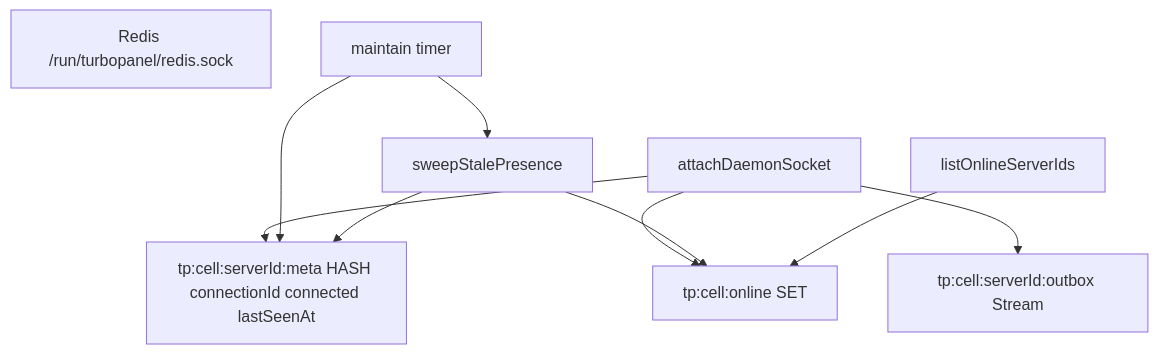
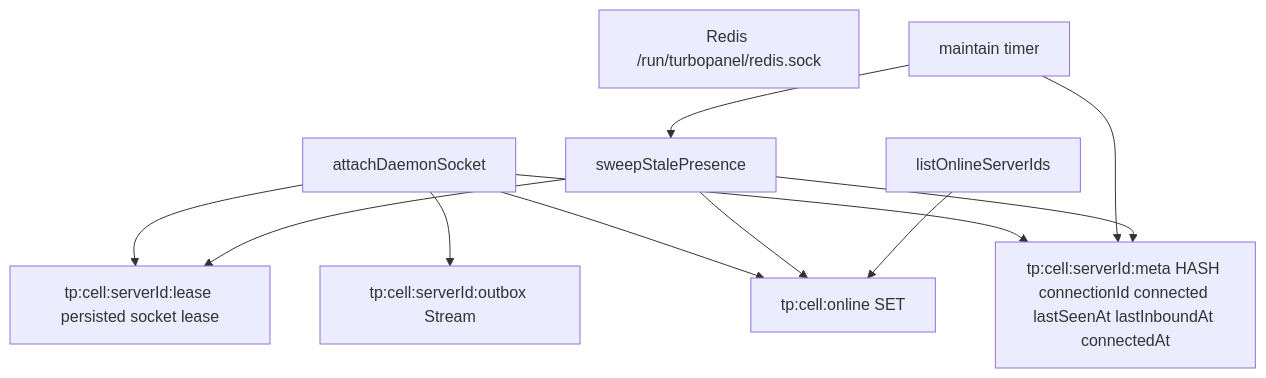
One commit to TurboPanel/website changed the fifth of 8 diagrams in docs/architecture/daemon-cell.mdx. Above: the diagram before and after it, drawn with Mermaid. The commit also changed other lines of this file, not shown here.

````diff
--- a/docs/architecture/daemon-cell.mdx
+++ b/docs/architecture/daemon-cell.mdx
@@ -318,20 +316,23 @@
 ```mermaid
 graph TD
     redis["Redis /run/turbopanel/redis.sock"]
-    meta["tp:cell:serverId:meta HASH connectionId connected lastSeenAt"]
+    meta["tp:cell:serverId:meta HASH connectionId connected lastSeenAt lastInboundAt connectedAt"]
+    leaseKey["tp:cell:serverId:lease persisted socket lease"]
     stream["tp:cell:serverId:outbox Stream"]
     online["tp:cell:online SET"]
     maintain["maintain timer"]
     sweep["sweepStalePresence"]
 
     attachR["attachDaemonSocket"] --> meta
+    attachR --> leaseKey
     attachR --> online
     attachR --> stream
 
     maintain --> meta
     maintain --> sweep
     sweep --> online
     sweep --> meta
+    sweep --> leaseKey
 
     listOnline["listOnlineServerIds"] --> online
 ```
````
